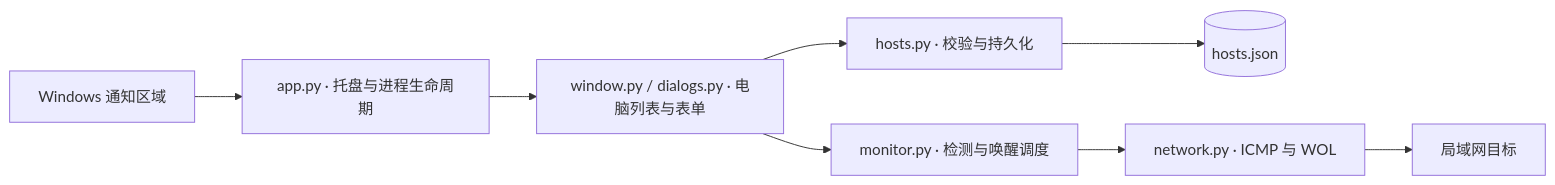
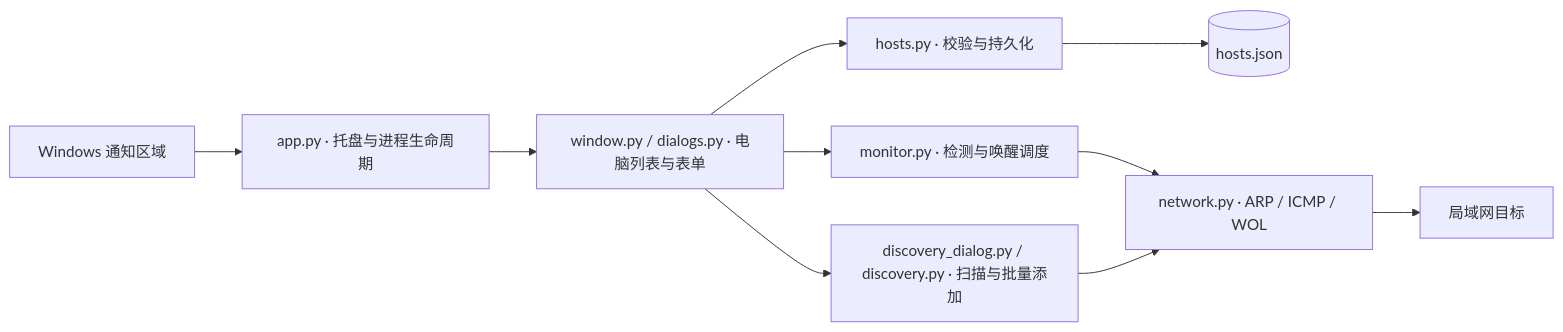
The diagram in docs/architecture.md (nightclothes/nwake), drawn with Mermaid before and after one commit. The commit also changed other lines of this file and 15 other files, not shown here.

````diff
--- a/docs/architecture.md
+++ b/docs/architecture.md
@@ -5,10 +5,12 @@
 ```mermaid
 flowchart LR
     Tray[Windows 通知区域] --> App[app.py · 托盘与进程生命周期]
     App --> UI[window.py / dialogs.py · 电脑列表与表单]
     UI --> Store[hosts.py · 校验与持久化]
     Store --> Config[(hosts.json)]
     UI --> Monitor[monitor.py · 检测与唤醒调度]
-    Monitor --> Net[network.py · ICMP 与 WOL]
+    UI --> Discovery[discovery_dialog.py / discovery.py · 扫描与批量添加]
+    Monitor --> Net[network.py · ARP / ICMP / WOL]
+    Discovery --> Net
     Net --> LAN[局域网目标]
 ```
````
